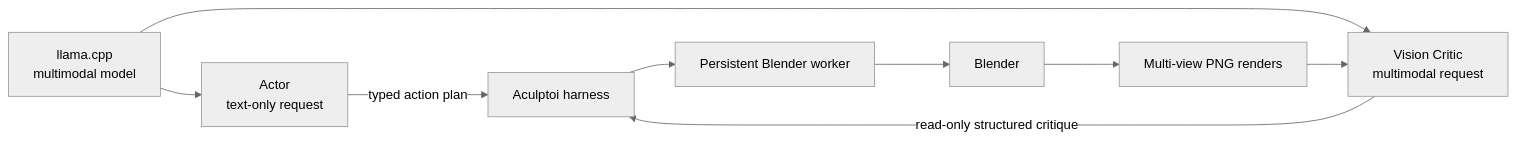
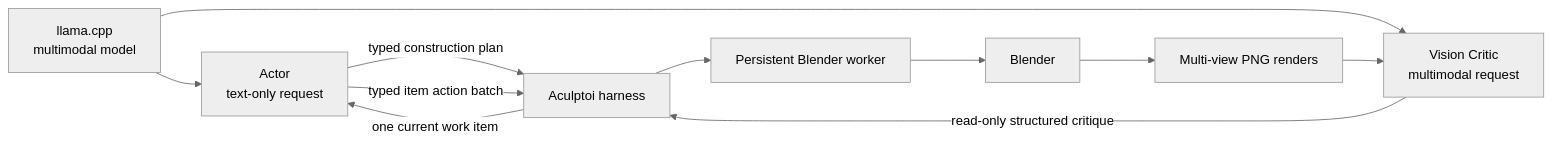
The diagram in docs/architecture.md (ifranlaloe/Aculptoi), drawn with Mermaid (neutral theme) before and after one commit. The commit also changed other lines of this file and 21 other files, not shown here.

Commit message:
Adopt plan-first work-item execution

````diff
--- a/docs/architecture.md
+++ b/docs/architecture.md
@@ -5,11 +5,13 @@
 ```mermaid
 flowchart LR
     M[llama.cpp\nmultimodal model] --> A[Actor\ntext-only request]
     M --> V[Vision Critic\nmultimodal request]
-    A -->|typed action plan| H[Aculptoi harness]
+    A -->|typed construction plan| H[Aculptoi harness]
+    H -->|one current work item| A
+    A -->|typed item action batch| H
     H --> W[Persistent Blender worker]
     W --> B[Blender]
     B --> R[Multi-view PNG renders]
     R --> V
     V -->|read-only structured critique| H
 ```
````
